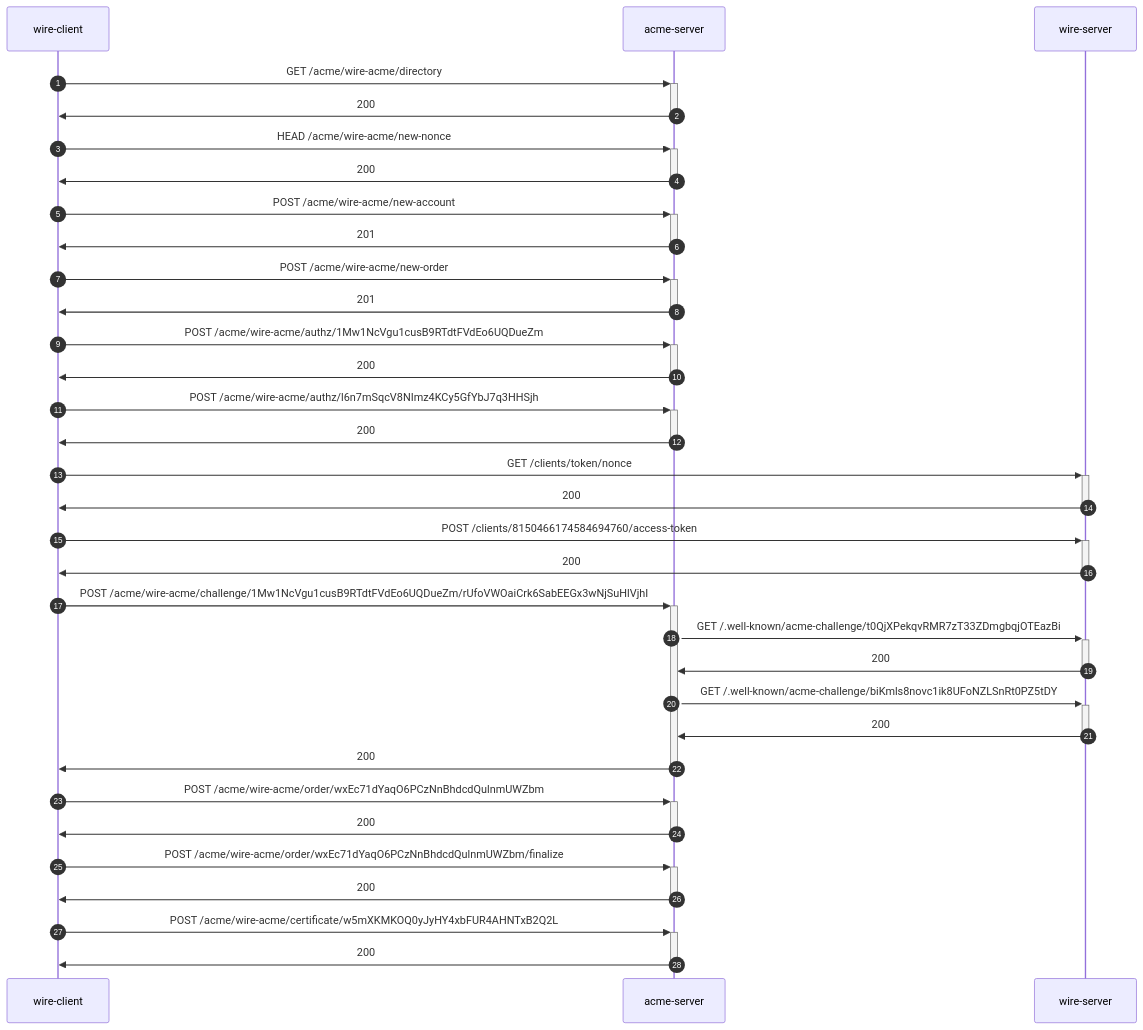
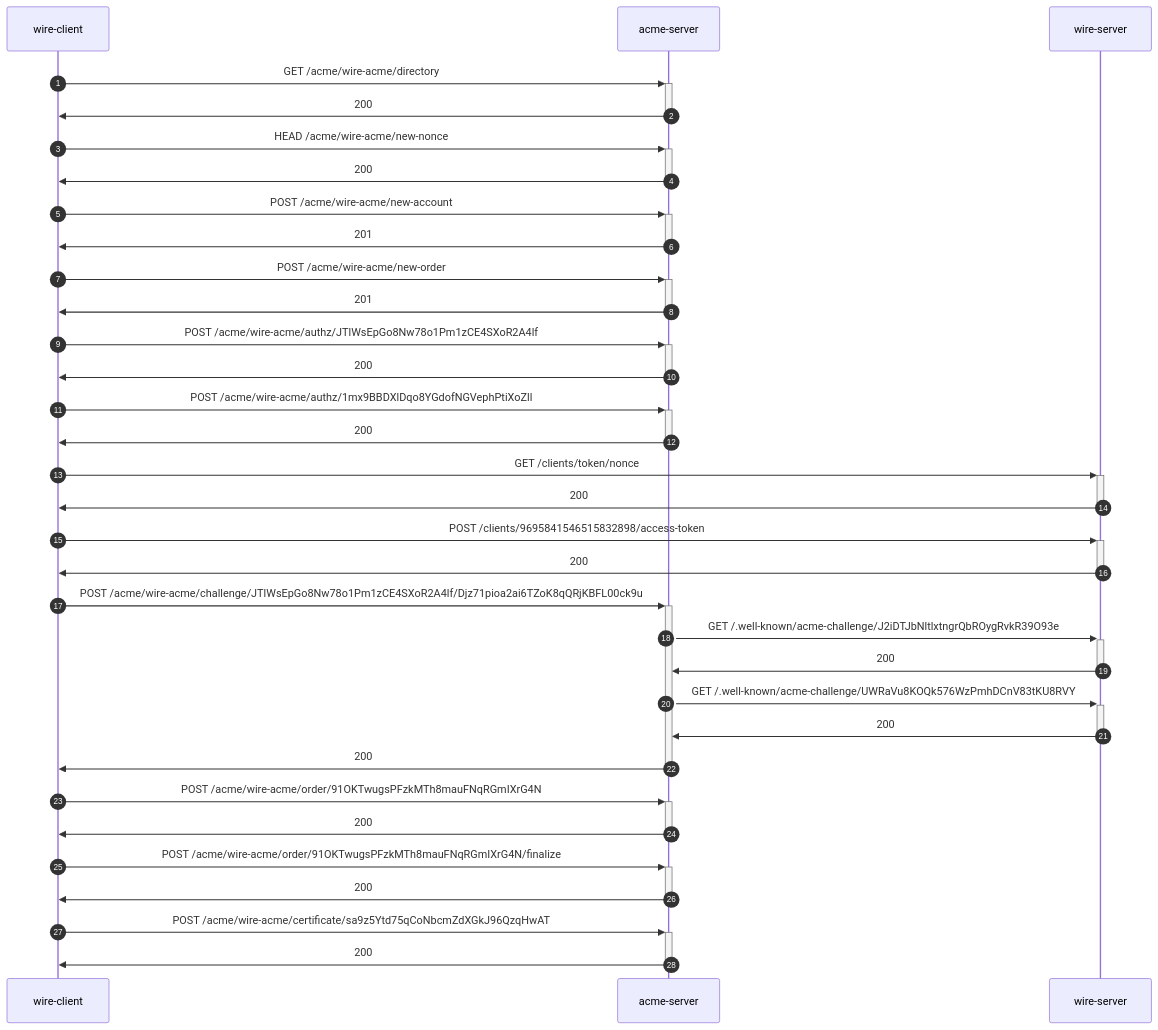
The first of 3 diagrams in e2e-identity/README.md (wireapp/rusty-jwt-tools), drawn with Mermaid before and after one commit. The commit also changed other lines of this file and 13 other files, not shown here.

````diff
--- a/e2e-identity/README.md
+++ b/e2e-identity/README.md
@@ -3,32 +3,32 @@
 ```mermaid
 sequenceDiagram
     autonumber
     wire-client->>+acme-server: GET /acme/wire-acme/directory
     acme-server->>-wire-client: 200
     wire-client->>+acme-server: HEAD /acme/wire-acme/new-nonce
     acme-server->>-wire-client: 200
     wire-client->>+acme-server: POST /acme/wire-acme/new-account
     acme-server->>-wire-client: 201
     wire-client->>+acme-server: POST /acme/wire-acme/new-order
     acme-server->>-wire-client: 201
-    wire-client->>+acme-server: POST /acme/wire-acme/authz/1Mw1NcVgu1cusB9RTdtFVdEo6UQDueZm
+    wire-client->>+acme-server: POST /acme/wire-acme/authz/JTlWsEpGo8Nw78o1Pm1zCE4SXoR2A4lf
     acme-server->>-wire-client: 200
-    wire-client->>+acme-server: POST /acme/wire-acme/authz/l6n7mSqcV8NImz4KCy5GfYbJ7q3HHSjh
+    wire-client->>+acme-server: POST /acme/wire-acme/authz/1mx9BBDXlDqo8YGdofNGVephPtiXoZll
     acme-server->>-wire-client: 200
     wire-client->>+wire-server: GET /clients/token/nonce
     wire-server->>-wire-client: 200
-    wire-client->>+wire-server: POST /clients/8150466174584694760/access-token
+    wire-client->>+wire-server: POST /clients/9695841546515832898/access-token
     wire-server->>-wire-client: 200
-    wire-client->>+acme-server: POST /acme/wire-acme/challenge/1Mw1NcVgu1cusB9RTdtFVdEo6UQDueZm/rUfoVWOaiCrk6SabEEGx3wNjSuHlVjhI
-    acme-server->>+wire-server: GET /.well-known/acme-challenge/t0QjXPekqvRMR7zT33ZDmgbqjOTEazBi
+    wire-client->>+acme-server: POST /acme/wire-acme/challenge/JTlWsEpGo8Nw78o1Pm1zCE4SXoR2A4lf/Djz71pioa2ai6TZoK8qQRjKBFL00ck9u
+    acme-server->>+wire-server: GET /.well-known/acme-challenge/J2iDTJbNltlxtngrQbROygRvkR39O93e
     wire-server->>-acme-server: 200
-    acme-server->>+wire-server: GET /.well-known/acme-challenge/biKmls8novc1ik8UFoNZLSnRt0PZ5tDY
+    acme-server->>+wire-server: GET /.well-known/acme-challenge/UWRaVu8KOQk576WzPmhDCnV83tKU8RVY
     wire-server->>-acme-server: 200
     acme-server->>-wire-client: 200
-    wire-client->>+acme-server: POST /acme/wire-acme/order/wxEc71dYaqO6PCzNnBhdcdQulnmUWZbm
+    wire-client->>+acme-server: POST /acme/wire-acme/order/91OKTwugsPFzkMTh8mauFNqRGmIXrG4N
     acme-server->>-wire-client: 200
-    wire-client->>+acme-server: POST /acme/wire-acme/order/wxEc71dYaqO6PCzNnBhdcdQulnmUWZbm/finalize
+    wire-client->>+acme-server: POST /acme/wire-acme/order/91OKTwugsPFzkMTh8mauFNqRGmIXrG4N/finalize
     acme-server->>-wire-client: 200
-    wire-client->>+acme-server: POST /acme/wire-acme/certificate/w5mXKMKOQ0yJyHY4xbFUR4AHNTxB2Q2L
+    wire-client->>+acme-server: POST /acme/wire-acme/certificate/sa9z5Ytd75qCoNbcmZdXGkJ96QzqHwAT
     acme-server->>-wire-client: 200
 ```
````
